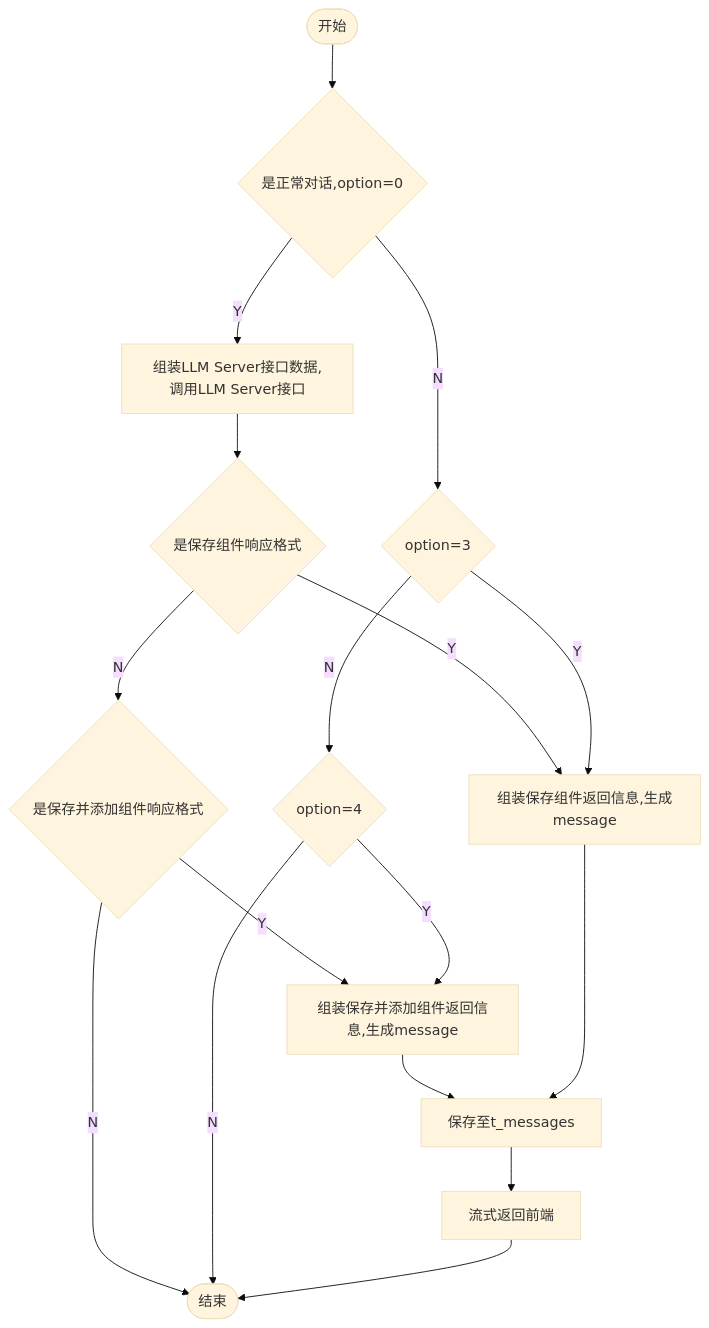
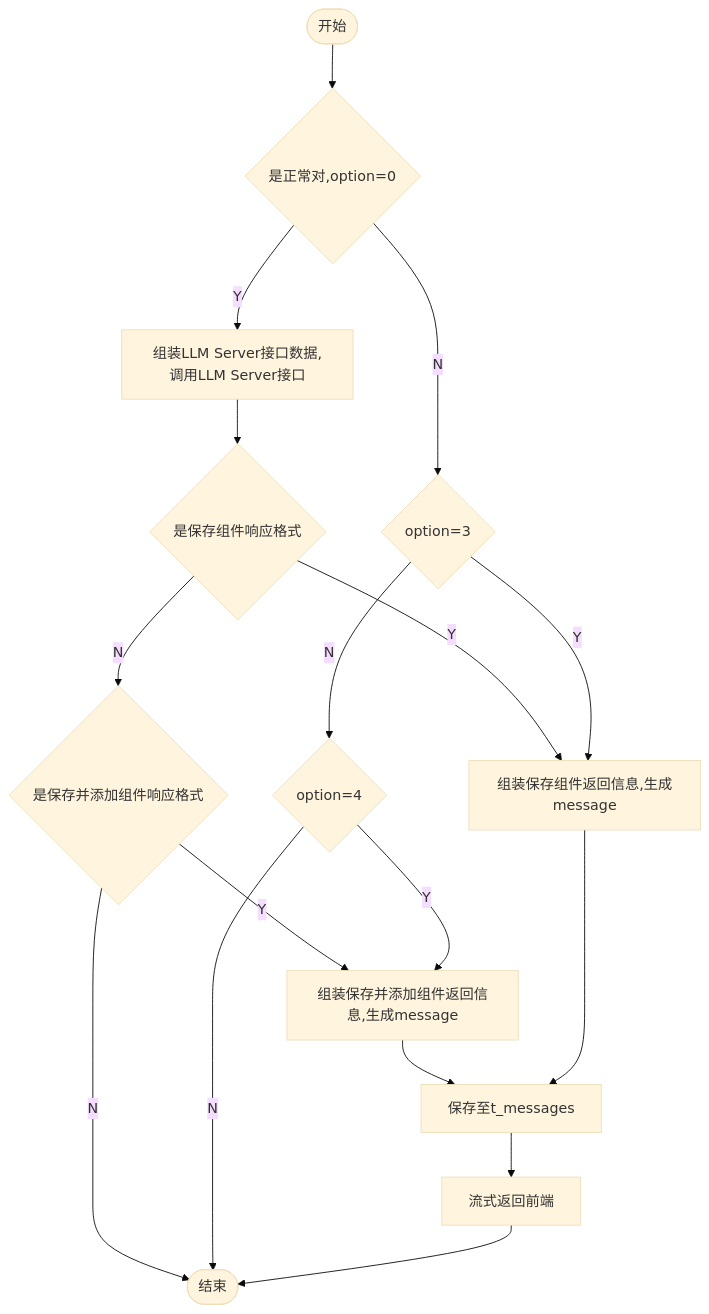
Before and after one commit to yingjianzh/iodraw-files: the diagram in all/添加保存组件.md, drawn with Mermaid (base theme).

Commit message:
2024-10-14 13:36:50 update

````diff
--- a/all/添加保存组件.md
+++ b/all/添加保存组件.md
@@ -1,19 +1,19 @@
 ```mermaid
 flowchart TD
-    A([开始]) --> B{是正常对话,option=0}
+    A([开始]) --> B{是正常对,option=0}
     B -- Y --> C[组装LLM Server接口数据,调用LLM Server接口]
     B -- N --> D{option=3}
     C --> E{是保存组件响应格式}
     E -- Y --> F[组装保存组件返回信息,生成message]
     E -- N --> L{是保存并添加组件响应格式}
     L -- Y --> K
     L -- N --> I
     D -- Y --> F
     D -- N --> J{option=4}
     J -- Y --> K[组装保存并添加组件返回信息,生成message]
     K --> G
     J -- N --> I
     F --> G[保存至t_messages]
     G --> H[流式返回前端]
     H --> I([结束])
 ```
````
